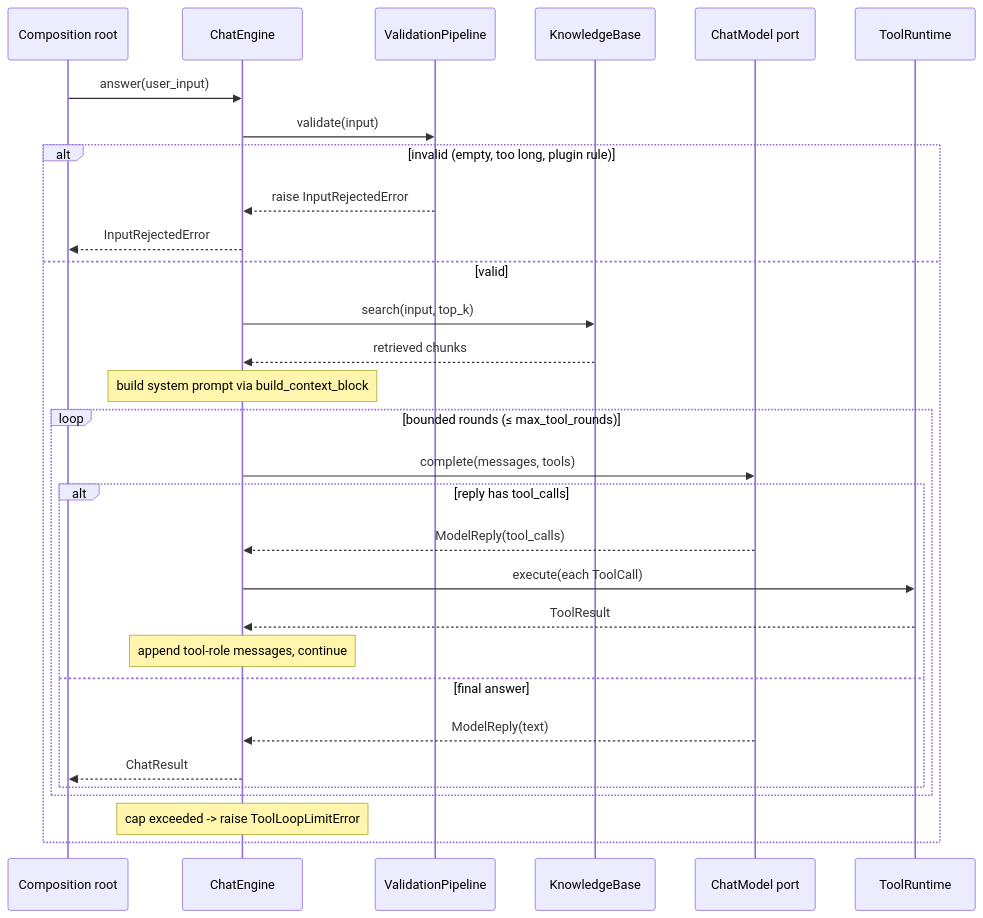
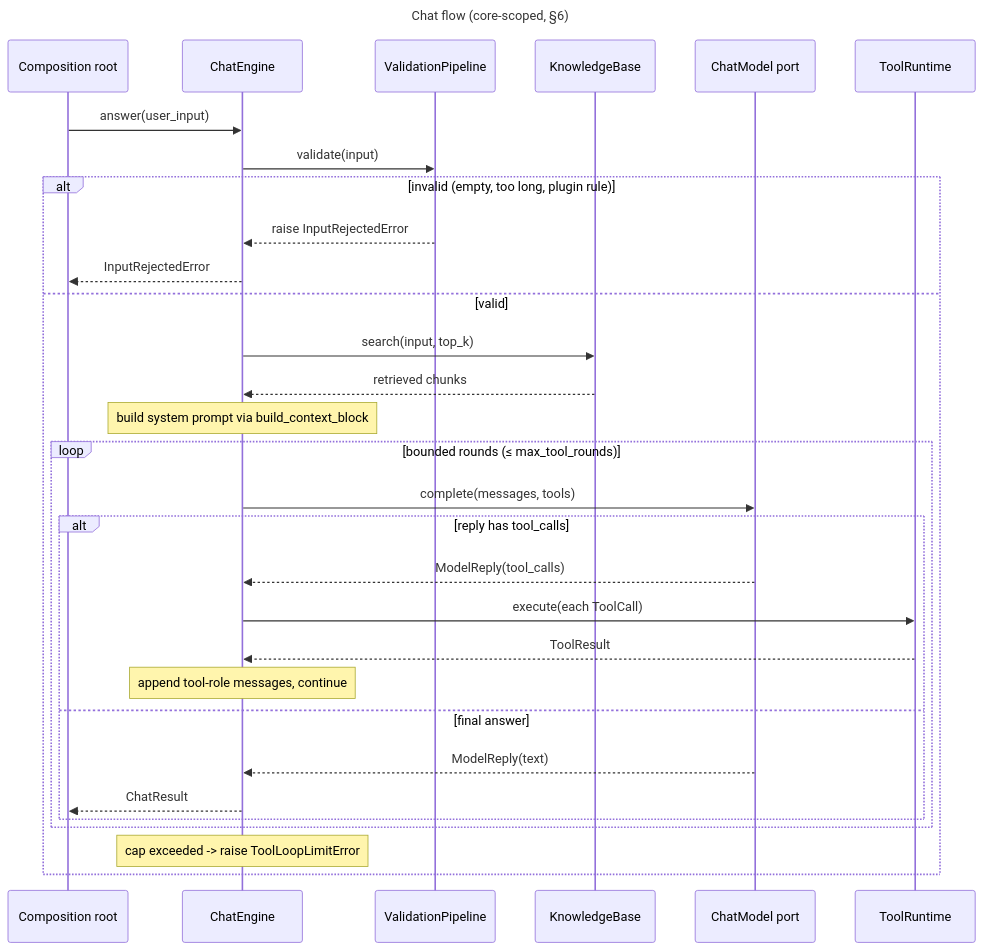
The third of 3 diagrams in docs/plans/chat-engine.md (aschog/cora), drawn with Mermaid before and after one commit. The commit also changed other lines of this file, not shown here.

Commit message:
docs: add titles to chat engine diagrams, drop redundant lead-ins

````diff
--- a/docs/plans/chat-engine.md
+++ b/docs/plans/chat-engine.md
@@ -183,33 +188,36 @@
 ```mermaid
+---
+title: Chat flow (core-scoped, §6)
+---
 sequenceDiagram
   participant Caller as Composition root
   participant ORCH as ChatEngine
   participant VAL as ValidationPipeline
   participant KB as KnowledgeBase
   participant LLM as ChatModel port
   participant TOOL as ToolRuntime
 
   Caller->>ORCH: answer(user_input)
   ORCH->>VAL: validate(input)
   alt invalid (empty, too long, plugin rule)
     VAL-->>ORCH: raise InputRejectedError
     ORCH-->>Caller: InputRejectedError
   else valid
     ORCH->>KB: search(input, top_k)
     KB-->>ORCH: retrieved chunks
     Note over ORCH: build system prompt via build_context_block
     loop bounded rounds (≤ max_tool_rounds)
       ORCH->>LLM: complete(messages, tools)
       alt reply has tool_calls
         LLM-->>ORCH: ModelReply(tool_calls)
         ORCH->>TOOL: execute(each ToolCall)
         TOOL-->>ORCH: ToolResult
         Note over ORCH: append tool-role messages, continue
       else final answer
         LLM-->>ORCH: ModelReply(text)
         ORCH-->>Caller: ChatResult
       end
     end
     Note over ORCH: cap exceeded -> raise ToolLoopLimitError
   end
 ```
````
